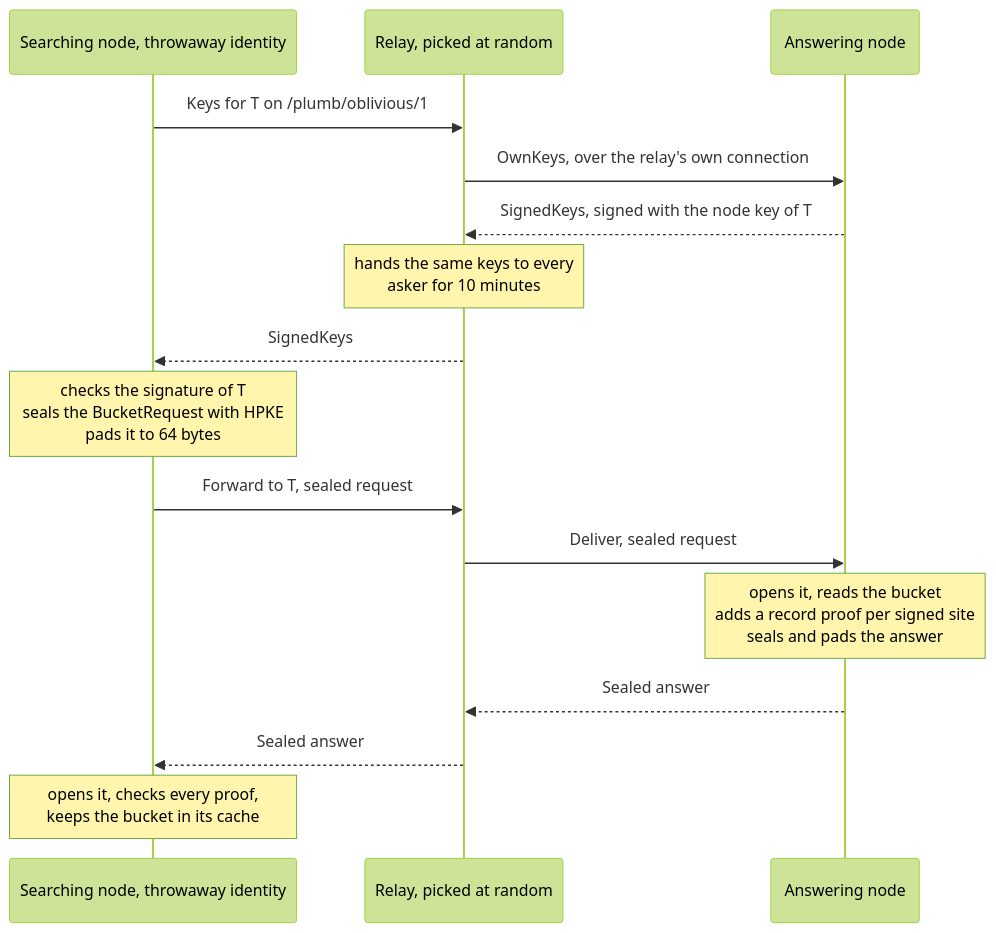
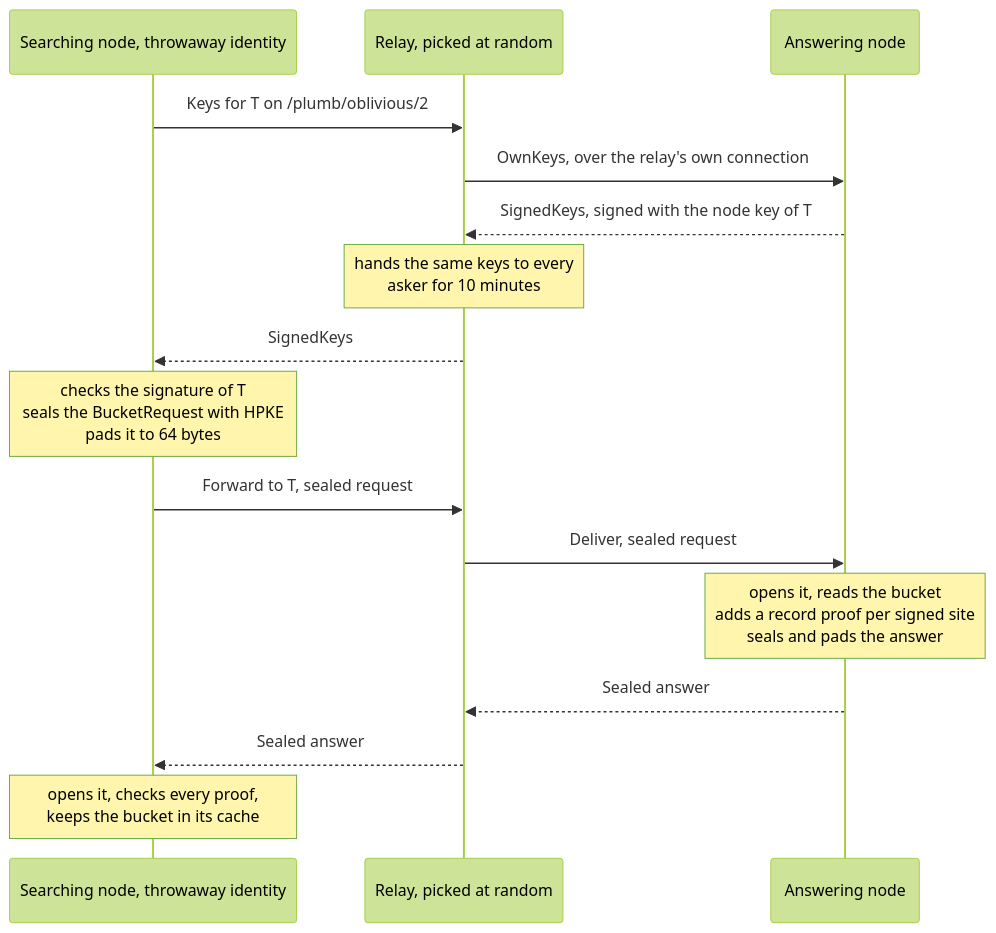
The third of 3 diagrams in docs/network.md (SueHeir/plumb-search), drawn with Mermaid (forest theme) before and after one commit. The commit also changed other lines of this file and 17 other files, not shown here.

````diff
--- a/docs/network.md
+++ b/docs/network.md
@@ -246,18 +247,18 @@
 ```mermaid
 sequenceDiagram
   participant Q as Searching node, throwaway identity
   participant R as Relay, picked at random
   participant T as Answering node
-  Q->>R: Keys for T on /plumb/oblivious/1
+  Q->>R: Keys for T on /plumb/oblivious/2
   R->>T: OwnKeys, over the relay's own connection
   T-->>R: SignedKeys, signed with the node key of T
   Note over R: hands the same keys to every<br/>asker for 10 minutes
   R-->>Q: SignedKeys
   Note over Q: checks the signature of T<br/>seals the BucketRequest with HPKE<br/>pads it to 64 bytes
   Q->>R: Forward to T, sealed request
   R->>T: Deliver, sealed request
   Note over T: opens it, reads the bucket<br/>adds a record proof per signed site<br/>seals and pads the answer
   T-->>R: Sealed answer
   R-->>Q: Sealed answer
   Note over Q: opens it, checks every proof,<br/>keeps the bucket in its cache
 ```
````
